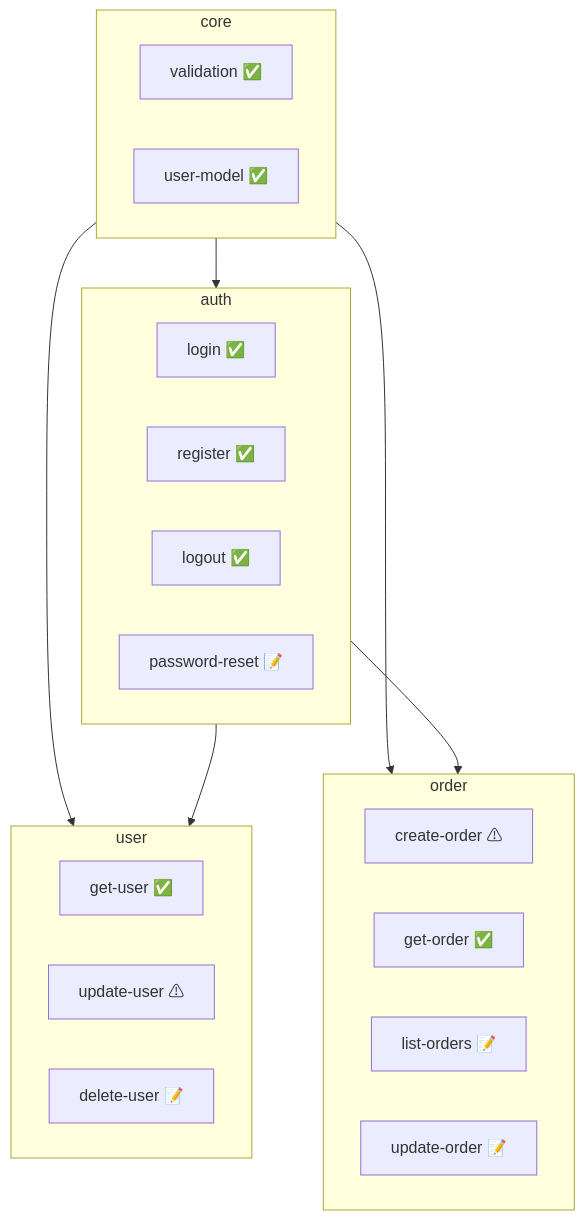
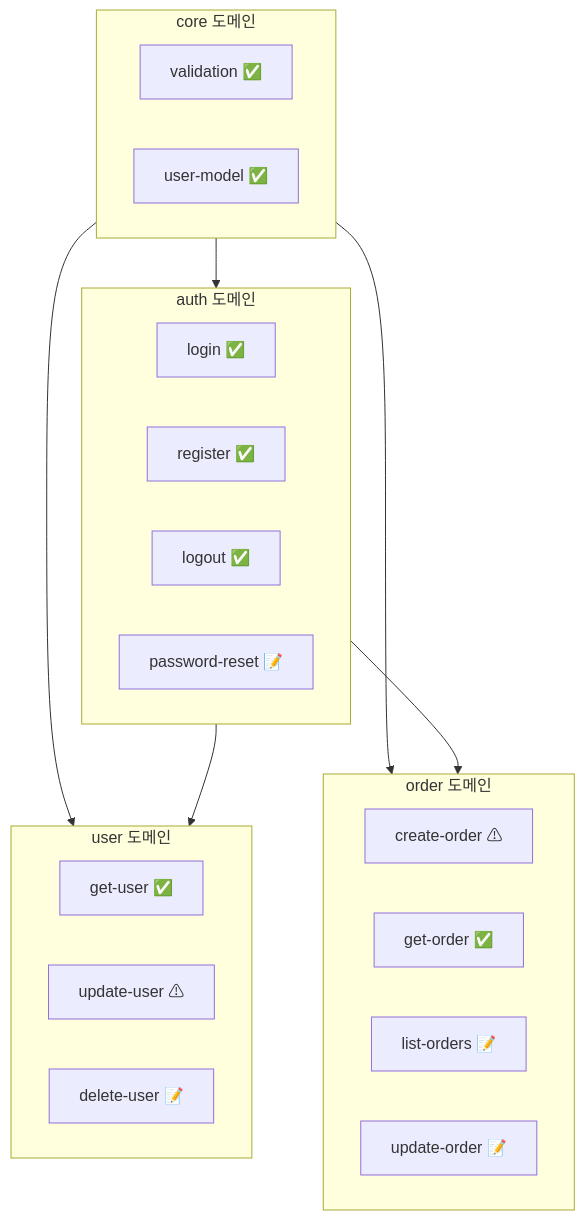
One commit to JakeB-5/sdd-tool changed the diagram in docs/tutorial/brownfield.md. Above: the diagram before and after it, drawn with Mermaid. The commit also changed other lines of this file and 1 other file, not shown here.

````diff
--- a/docs/tutorial/brownfield.md
+++ b/docs/tutorial/brownfield.md
@@ -600,38 +601,33 @@
 ```mermaid
 graph TB
-    core[core]
-    auth[auth]
-    user[user]
-    order[order]
+    subgraph core[core 도메인]
+        validation[validation ✅]
+        user-model[user-model ✅]
+    end
+
+    subgraph auth[auth 도메인]
+        login[login ✅]
+        register[register ✅]
+        logout[logout ✅]
+        password-reset[password-reset 📝]
+    end
+
+    subgraph user[user 도메인]
+        get-user[get-user ✅]
+        update-user[update-user ⚠]
+        delete-user[delete-user 📝]
+    end
+
+    subgraph order[order 도메인]
+        create-order[create-order ⚠]
+        get-order[get-order ✅]
+        list-orders[list-orders 📝]
+        update-order[update-order 📝]
+    end
 
     core --> auth
     core --> user
     core --> order
     auth --> user
     auth --> order
-
-    subgraph core
-        validation[validation ✅]
-        user-model[user-model ✅]
-    end
-
-    subgraph auth
-        login[login ✅]
-        register[register ✅]
-        logout[logout ✅]
-        password-reset[password-reset 📝]
-    end
-
-    subgraph user
-        get-user[get-user ✅]
-        update-user[update-user ⚠]
-        delete-user[delete-user 📝]
-    end
-
-    subgraph order
-        create-order[create-order ⚠]
-        get-order[get-order ✅]
-        list-orders[list-orders 📝]
-        update-order[update-order 📝]
-    end
 ```
````
